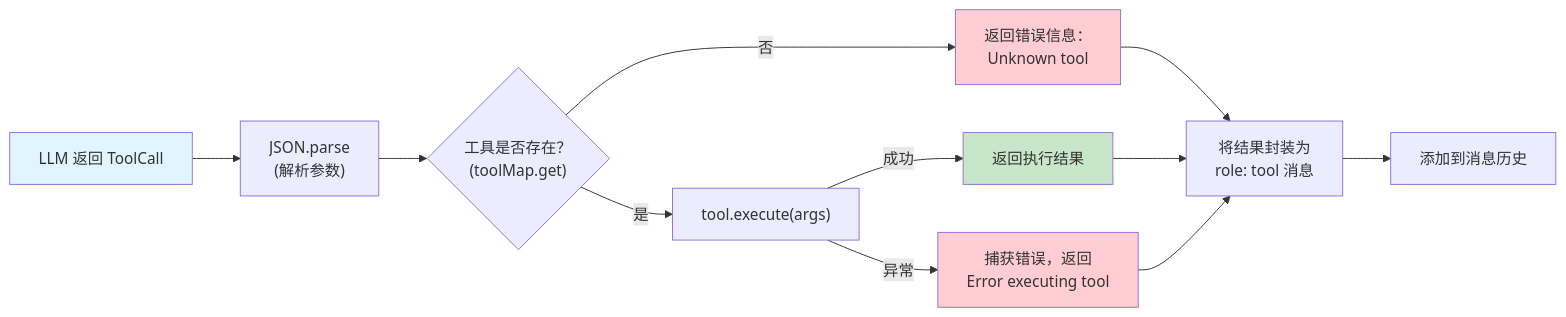
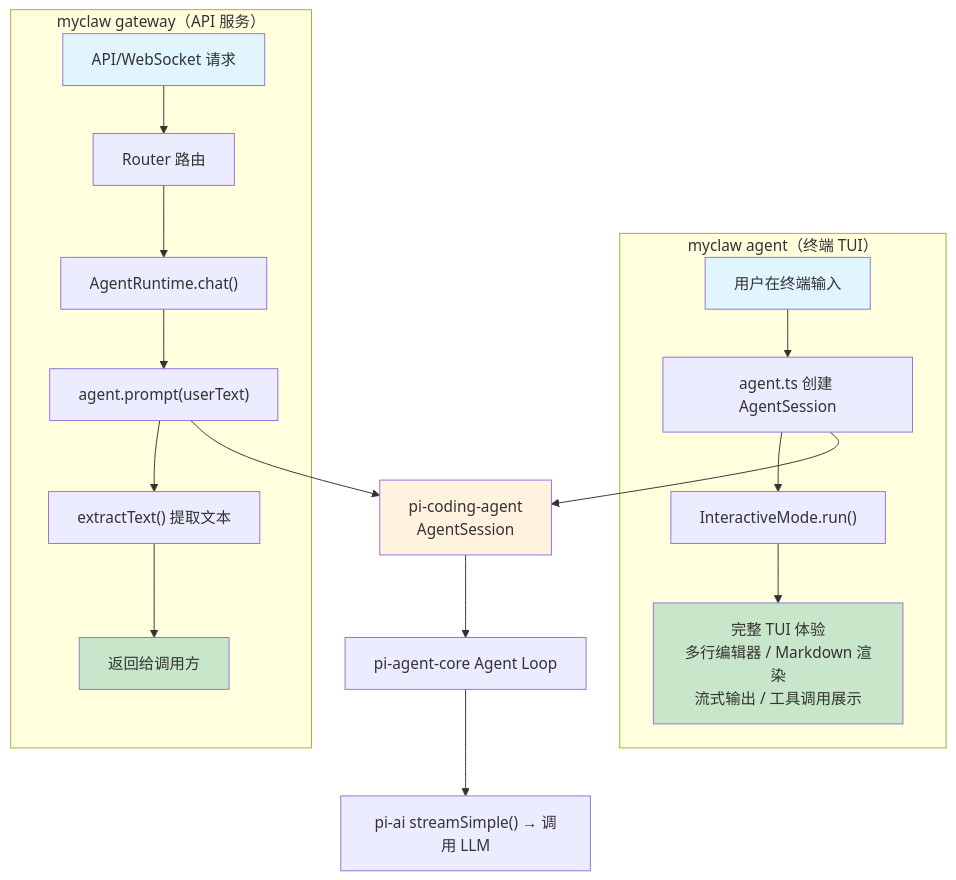
The diagram in docs/05-agent-runtime.md (oujingzhou/build-your-own-openclaw), drawn with Mermaid before and after one commit. The commit also changed other lines of this file and 32 other files, not shown here.

````diff
--- a/docs/05-agent-runtime.md
+++ b/docs/05-agent-runtime.md
@@ -592,18 +30,27 @@
 ```mermaid
-flowchart LR
-    A["LLM 返回 ToolCall"] --> B["JSON.parse<br/>(解析参数)"]
-    B --> C{"工具是否存在？<br/>(toolMap.get)"}
-    C -->|"否"| D["返回错误信息：<br/>Unknown tool"]
-    C -->|"是"| E["tool.execute(args)"]
-    E -->|"成功"| F["返回执行结果"]
-    E -->|"异常"| G["捕获错误，返回<br/>Error executing tool"]
-    D --> H["将结果封装为<br/>role: tool 消息"]
-    F --> H
-    G --> H
-    H --> I["添加到消息历史"]
+flowchart TD
+    subgraph "myclaw agent（终端 TUI）"
+        A1["用户在终端输入"] --> B1["agent.ts 创建 AgentSession"]
+        B1 --> C1["InteractiveMode.run()"]
+        C1 --> D1["完整 TUI 体验<br/>多行编辑器 / Markdown 渲染<br/>流式输出 / 工具调用展示"]
+    end
 
-    style A fill:#e1f5fe
-    style F fill:#c8e6c9
-    style D fill:#ffcdd2
-    style G fill:#ffcdd2
+    subgraph "myclaw gateway（API 服务）"
+        A2["API/WebSocket 请求"] --> B2["Router 路由"]
+        B2 --> C2["AgentRuntime.chat()"]
+        C2 --> D2["agent.prompt(userText)"]
+        D2 --> E2["extractText() 提取文本"]
+        E2 --> F2["返回给调用方"]
+    end
+
+    B1 --> S["pi-coding-agent<br/>AgentSession"]
+    D2 --> S
+    S --> AG["pi-agent-core Agent Loop"]
+    AG --> LLM["pi-ai streamSimple() → 调用 LLM"]
+
+    style A1 fill:#e1f5fe
+    style A2 fill:#e1f5fe
+    style D1 fill:#c8e6c9
+    style F2 fill:#c8e6c9
+    style S fill:#fff3e0
 ```
````
